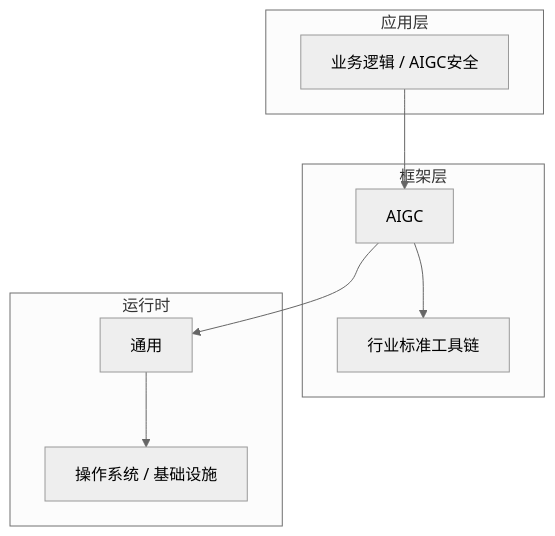
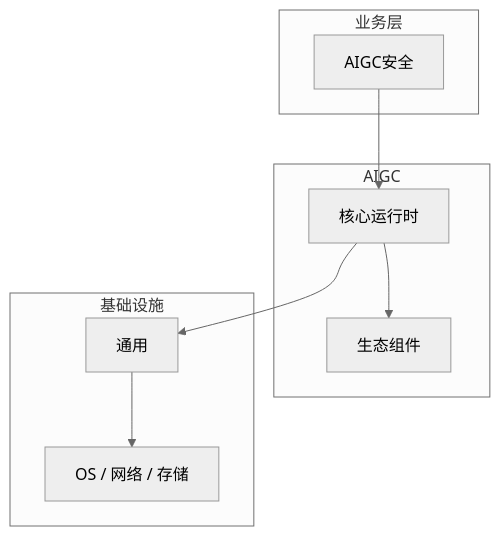
The diagram in articles/AIGC/chapters/089-AIGC安全核心概念与原理.md (yanggan2015/knowledge-json-v2), drawn with Mermaid (neutral theme) before and after one commit. The commit also changed other lines of this file and 10127 other files, not shown here.

````diff
--- a/articles/AIGC/chapters/089-AIGC安全核心概念与原理.md
+++ b/articles/AIGC/chapters/089-AIGC安全核心概念与原理.md
@@ -45,18 +30,18 @@
 ```mermaid
 graph TB
-    subgraph 应用层
-        A[业务逻辑 / AIGC安全]
+    subgraph 业务层
+        A[AIGC安全]
     end
-    subgraph 框架层
-        B[AIGC]
-        C[行业标准工具链]
+    subgraph AIGC
+        B[核心运行时]
+        C[生态组件]
     end
-    subgraph 运行时
+    subgraph 基础设施
         D[通用]
-        E[操作系统 / 基础设施]
+        E[OS / 网络 / 存储]
     end
     A --> B
     B --> C
     B --> D
     D --> E
 ```
````
